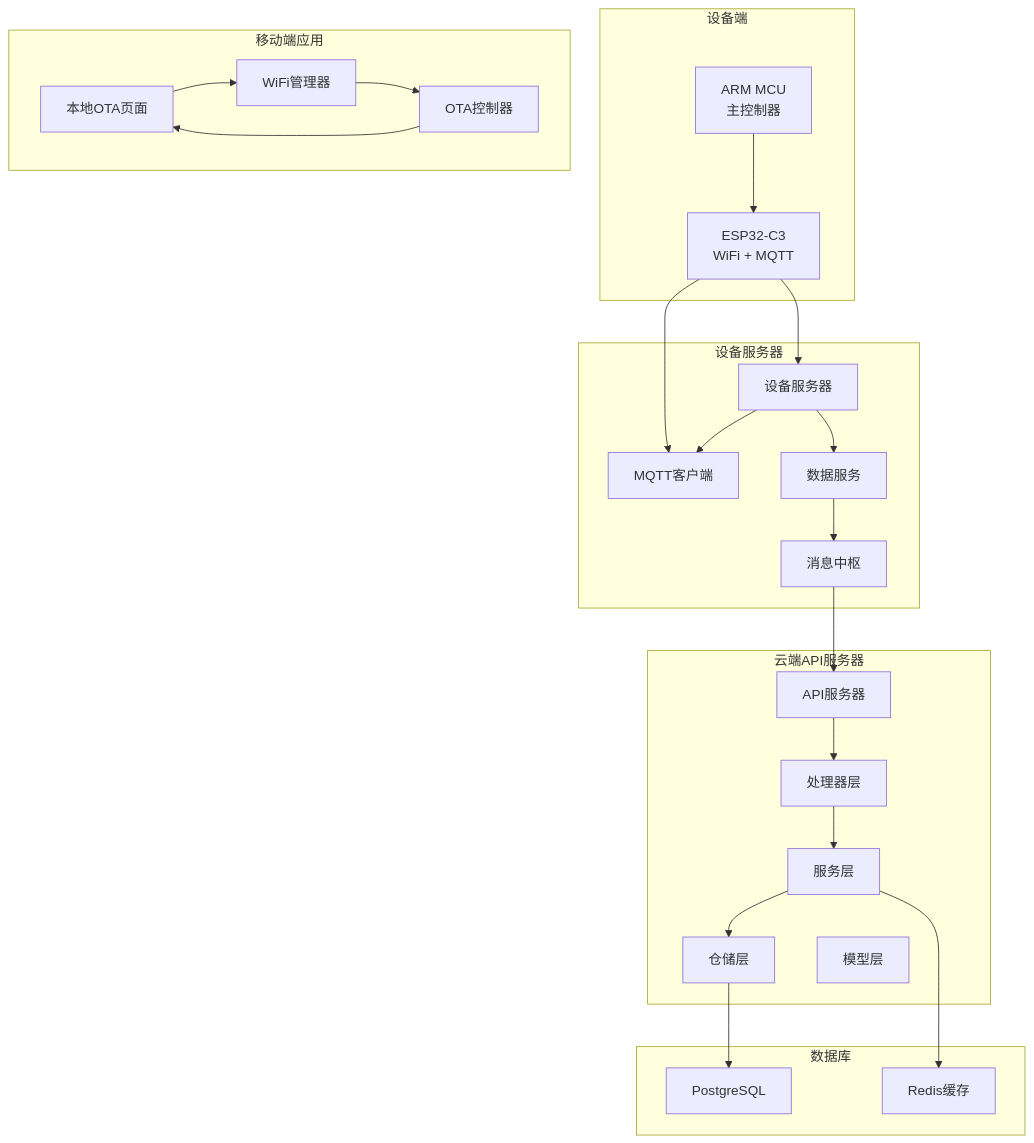
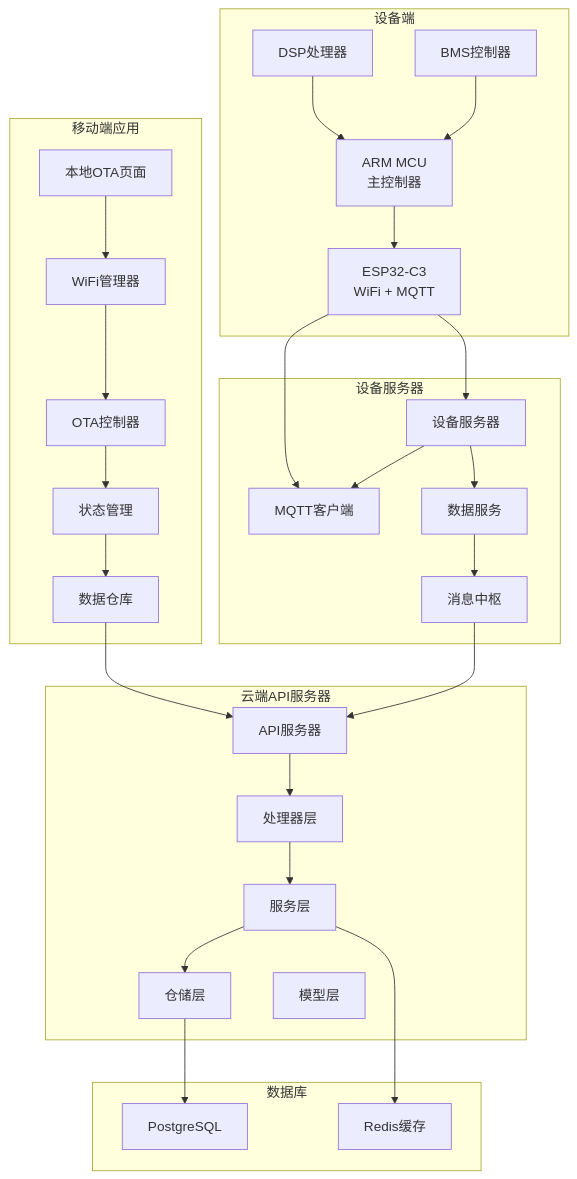
One commit to mcmrzy/cs_inv_monitor-develop changed the first of 14 diagrams in .qoder/repowiki/zh/content/OTA升级系统/OTA升级系统.md. Above: the diagram before and after it, drawn with Mermaid. The commit also changed other lines of this file and 28 other files, not shown here.

````diff
--- a/.qoder/repowiki/zh/content/OTA升级系统/OTA升级系统.md
+++ b/.qoder/repowiki/zh/content/OTA升级系统/OTA升级系统.md
@@ -66,44 +74,52 @@
 ```mermaid
 graph TB
 subgraph "云端API服务器"
 API[API服务器]
 Handler[处理器层]
 Service[服务层]
 Repo[仓储层]
 Model[模型层]
 end
 subgraph "设备服务器"
 DevServer[设备服务器]
 MQTT[MQTT客户端]
 DataService[数据服务]
 Hub[消息中枢]
 end
 subgraph "设备端"
 ESP32[ESP32-C3<br/>WiFi + MQTT]
 ARM[ARM MCU<br/>主控制器]
+DSP[DSP处理器]
+BMS[BMS控制器]
 end
 subgraph "移动端应用"
 LocalOTA[本地OTA页面]
 WiFiManager[WiFi管理器]
 OTAController[OTA控制器]
+Bloc[状态管理]
+Repository[数据仓库]
 end
 subgraph "数据库"
 Postgres[PostgreSQL]
 Redis[Redis缓存]
 end
 API --> Handler
 Handler --> Service
 Service --> Repo
 Repo --> Postgres
 Service --> Redis
 DevServer --> MQTT
 DevServer --> DataService
 DataService --> Hub
 Hub --> API
 ESP32 --> MQTT
 ARM --> ESP32
+DSP --> ARM
+BMS --> ARM
 ESP32 --> DevServer
 LocalOTA --> WiFiManager
 WiFiManager --> OTAController
-OTAController --> LocalOTA
+OTAController --> Bloc
+Bloc --> Repository
+Repository --> API
 ```
````
